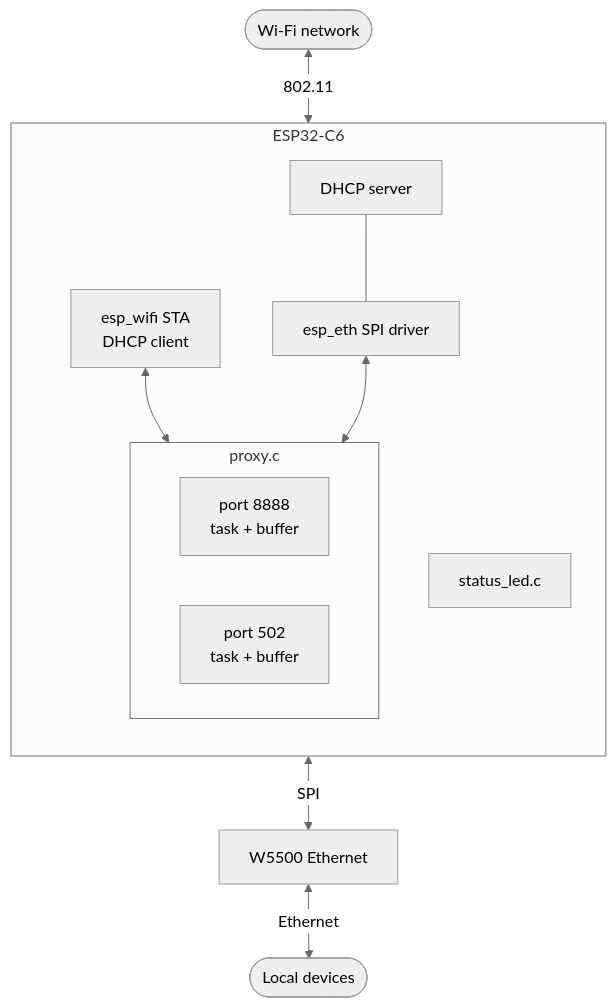
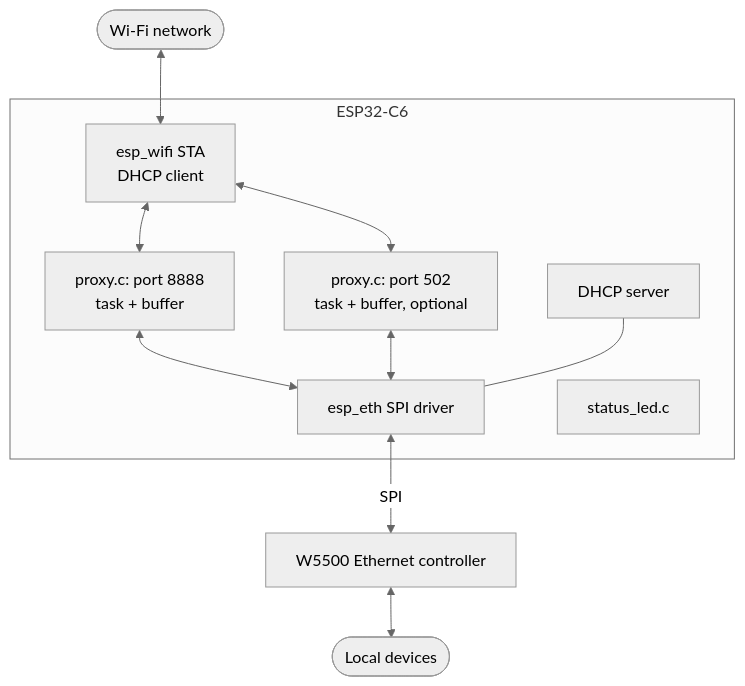
Before and after one commit to heresiarch/esp32-wifi-eth-gateway: the diagram in README.md, drawn with Mermaid (neutral theme).

````diff
--- a/README.md
+++ b/README.md
@@ -137,19 +137,24 @@
 ```mermaid
 flowchart TD
-    WIFI([Wi-Fi network]) <-->|802.11| ESP
+    WIFI(["Wi-Fi network"])
+    DEV(["Local devices"])
+    W5500["W5500 Ethernet controller"]
 
-    subgraph ESP[ESP32-C6]
-        direction TB
-        W[esp_wifi STA<br/>DHCP client] <--> P
-        E[esp_eth SPI driver] <--> P
-        DHCPS[DHCP server] --- E
-        subgraph P[proxy.c]
-            P1[port 8888<br/>task + buffer]
-            P2[port 502<br/>task + buffer]
-        end
-        LED[status_led.c]
+    subgraph ESP["ESP32-C6"]
+        STA["esp_wifi STA<br/>DHCP client"]
+        P1["proxy.c: port 8888<br/>task + buffer"]
+        P2["proxy.c: port 502<br/>task + buffer, optional"]
+        ETH["esp_eth SPI driver"]
+        DHCPS["DHCP server"]
+        LED["status_led.c"]
     end
 
-    E <-->|SPI| W5500[W5500 Ethernet]
-    W5500 <-->|Ethernet| DEV([Local devices])
+    WIFI <--> STA
+    STA <--> P1
+    STA <--> P2
+    P1 <--> ETH
+    P2 <--> ETH
+    DHCPS --- ETH
+    ETH <-->|SPI| W5500
+    W5500 <--> DEV
 ```
````
